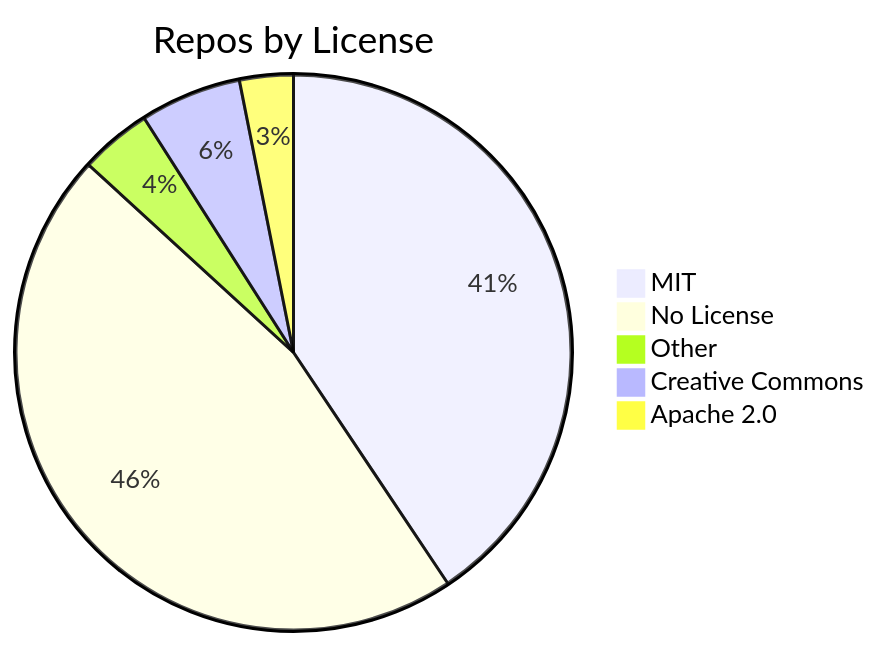
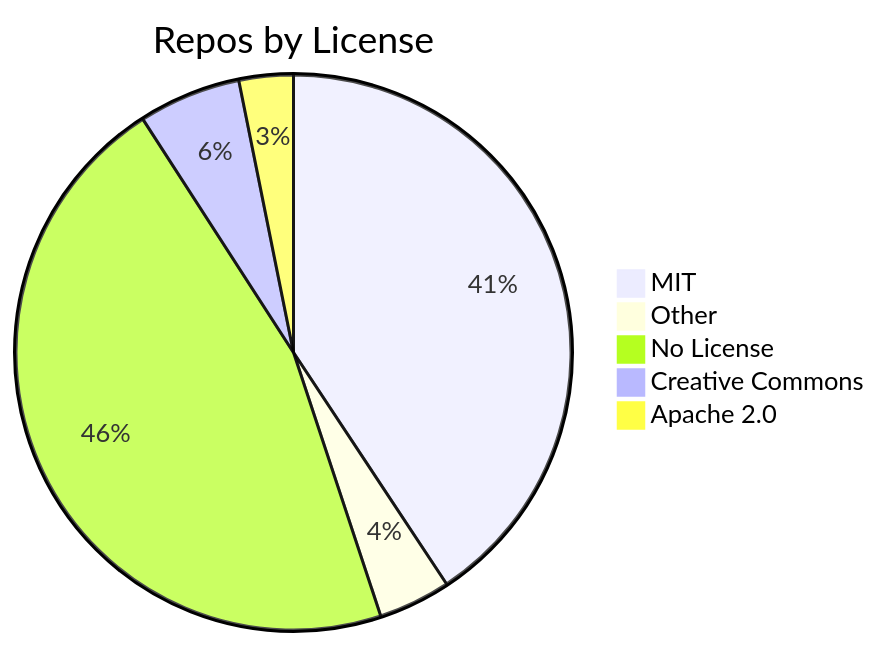
One commit to jpatterson933/awesome-mcp-server-repo-index changed the diagram in README.md. Above: the diagram before and after it, drawn with Mermaid. The commit also changed other lines of this file and 3 other files, not shown here.

````diff
--- a/README.md
+++ b/README.md
@@ -29,8 +29,8 @@
 ```mermaid
 pie title Repos by License
-    "MIT" : 117
-    "No License" : 133
+    "MIT" : 116
     "Other" : 12
+    "No License" : 131
     "Creative Commons" : 17
     "Apache 2.0" : 9
 ```
````
